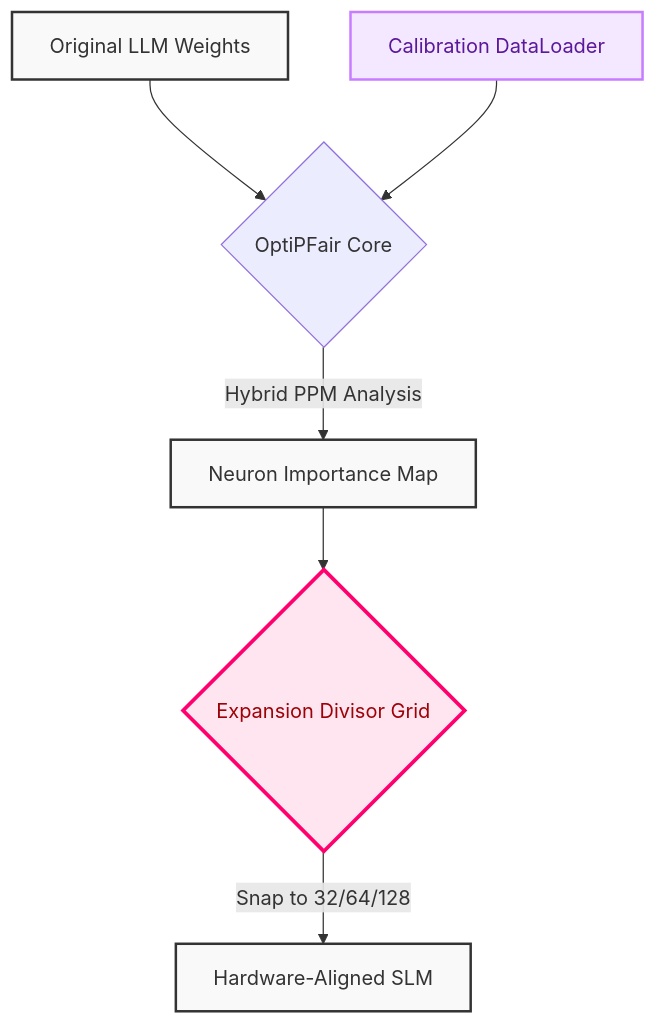
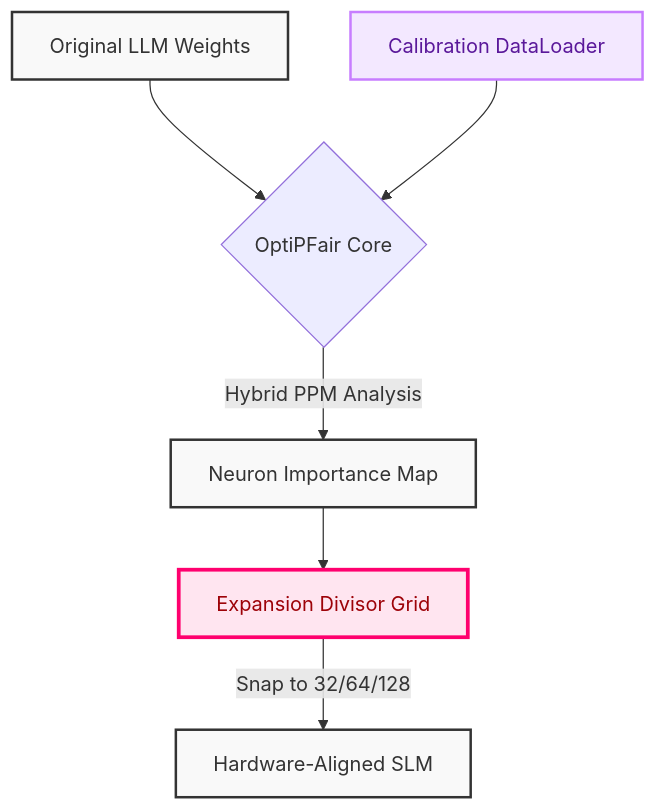
One commit to fmquaglia/principia-agentica changed the diagram in publication/docs/blog/posts/032226-healing-the-golden-scar-optipfair.md. Above: the diagram before and after it, drawn with Mermaid. The commit also changed other lines of this file and 1 other file, not shown here.

````diff
--- a/publication/docs/blog/posts/032226-healing-the-golden-scar-optipfair.md
+++ b/publication/docs/blog/posts/032226-healing-the-golden-scar-optipfair.md
@@ -43,14 +45,14 @@
 ```mermaid
 graph TD
     classDef steel stroke:#333,stroke-width:2px,fill:#f9f9f9,color:#333;
     classDef silk stroke:#c77dff,stroke-width:2px,fill:#f3e8ff,color:#5a189a;
     classDef chrome stroke:#ff006e,stroke-width:3px,fill:#ffe5f0,color:#9d0208;
 
     A[Original LLM Weights]:::steel --> C{OptiPFair Core}
     B[Calibration DataLoader]:::silk --> C
     
     C -->|Hybrid PPM Analysis| D[Neuron Importance Map]:::steel
-    D --> E{Expansion Divisor Grid}:::chrome
+    D --> E[Expansion Divisor Grid]:::chrome
     
     E -->|Snap to 32/64/128| F[Hardware-Aligned SLM]:::steel
 ```
````
